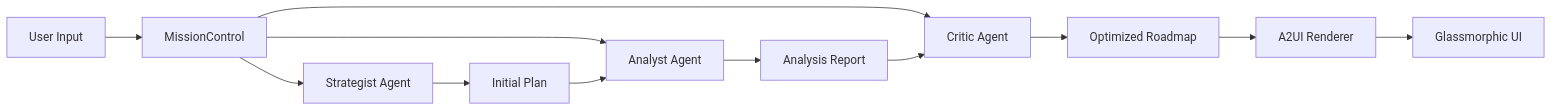
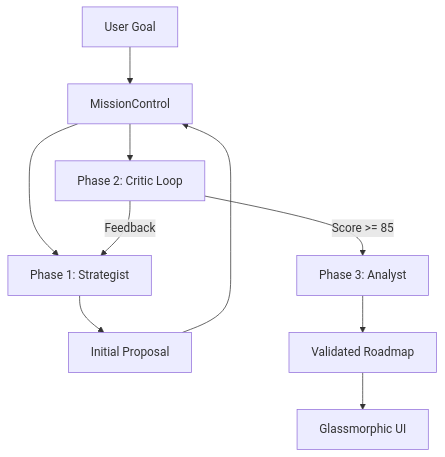
Before and after one commit to darshil0/atlas-strategic-agent: the diagram in AGENT.md, drawn with Mermaid. The commit also changed other lines of this file, not shown here.

Commit message:
docs: upgrade AGENT.md to v3.2.7 with iterative pipeline and identity sync details

````diff
--- a/AGENT.md
+++ b/AGENT.md
@@ -13,14 +13,12 @@
 ```mermaid
-graph LR
-    A[User Input] --> B[MissionControl]
-    B --> C[Strategist Agent]
-    B --> D[Analyst Agent]
-    B --> E[Critic Agent]
-    C --> F[Initial Plan]
-    F --> D
-    D --> G[Analysis Report]
-    G --> E
-    E --> H[Optimized Roadmap]
-    H --> I[A2UI Renderer]
-    I --> J[Glassmorphic UI]
+graph TD
+    A[User Goal] --> B[MissionControl]
+    B --> C[Phase 1: Strategist]
+    C --> D[Initial Proposal]
+    D --> B
+    B --> E[Phase 2: Critic Loop]
+    E -- Feedback --> C
+    E -- Score >= 85 --> F[Phase 3: Analyst]
+    F --> G[Validated Roadmap]
+    G --> H[Glassmorphic UI]
 ```
````
